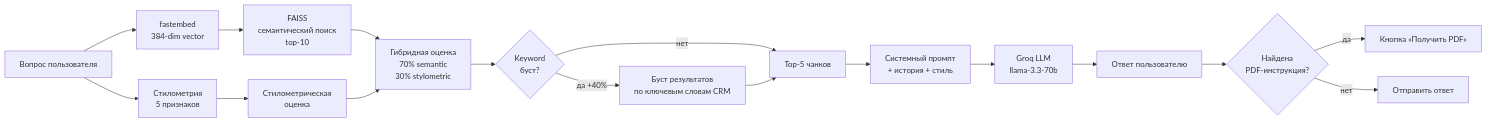
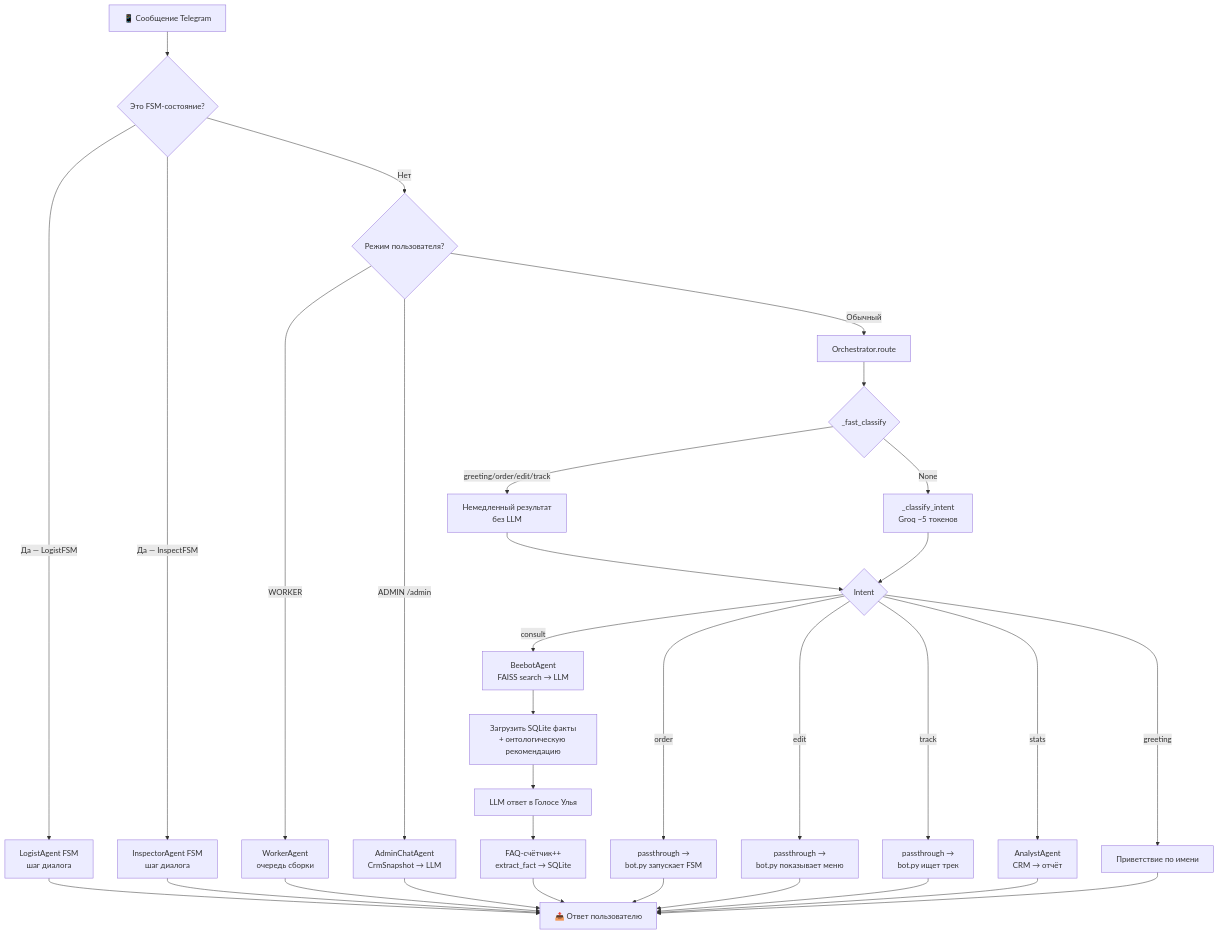
One commit to unidel2035/BEEBOT changed the second of 8 diagrams in docs/architecture.md. Above: the diagram before and after it, drawn with Mermaid. The commit also changed other lines of this file and 10 other files, not shown here.

````diff
--- a/docs/architecture.md
+++ b/docs/architecture.md
@@ -125,22 +119,40 @@
 ```mermaid
-flowchart LR
-    Q[Вопрос пользователя] --> EMB[fastembed<br/>384-dim vector]
-    EMB --> SEM[FAISS<br/>семантический поиск<br/>top-10]
-    Q --> STYLE[Стилометрия<br/>5 признаков]
-    STYLE --> STYLESCORE[Стилометрическая<br/>оценка]
+flowchart TD
+    A[📱 Сообщение Telegram] --> B{Это FSM-состояние?}
+    B -->|Да — LogistFSM| C[LogistAgent FSM<br/>шаг диалога]
+    B -->|Да — InspectFSM| D[InspectorAgent FSM<br/>шаг диалога]
+    B -->|Нет| E{Режим пользователя?}
 
-    SEM --> HYBRID[Гибридная оценка<br/>70% semantic<br/>30% stylometric]
-    STYLESCORE --> HYBRID
+    E -->|WORKER| F[WorkerAgent<br/>очередь сборки]
+    E -->|ADMIN /admin| G[AdminChatAgent<br/>CrmSnapshot → LLM]
+    E -->|Обычный| H[Orchestrator.route]
 
-    HYBRID --> KWORD{Keyword<br/>буст?}
-    KWORD -->|да +40%| BOOST[Буст результатов<br/>по ключевым словам CRM]
-    KWORD -->|нет| TOP[Top-5 чанков]
-    BOOST --> TOP
+    H --> I{_fast_classify}
+    I -->|greeting/order/edit/track| J[Немедленный результат<br/>без LLM]
+    I -->|None| K[_classify_intent<br/>Groq ~5 токенов]
 
-    TOP --> PROMPT[Системный промпт<br/>+ история + стиль]
-    PROMPT --> GROQ[Groq LLM<br/>llama-3.3-70b]
-    GROQ --> RESP[Ответ пользователю]
-    RESP --> INSTR{Найдена<br/>PDF-инструкция?}
-    INSTR -->|да| BTN[Кнопка «Получить PDF»]
-    INSTR -->|нет| END[Отправить ответ]
+    J --> L{Intent}
+    K --> L
+
+    L -->|consult| M[BeebotAgent<br/>FAISS search → LLM]
+    L -->|order| N[passthrough →<br/>bot.py запускает FSM]
+    L -->|edit| O[passthrough →<br/>bot.py показывает меню]
+    L -->|track| P[passthrough →<br/>bot.py ищет трек]
+    L -->|stats| Q[AnalystAgent<br/>CRM → отчёт]
+    L -->|greeting| R[Приветствие по имени]
+
+    M --> S[Загрузить SQLite факты<br/>+ онтологическую рекомендацию]
+    S --> T[LLM ответ в Голосе Улья]
+    T --> U[FAQ-счётчик++<br/>extract_fact → SQLite]
+    U --> V[📤 Ответ пользователю]
+
+    C --> V
+    D --> V
+    F --> V
+    G --> V
+    N --> V
+    O --> V
+    P --> V
+    Q --> V
+    R --> V
 ```
````
